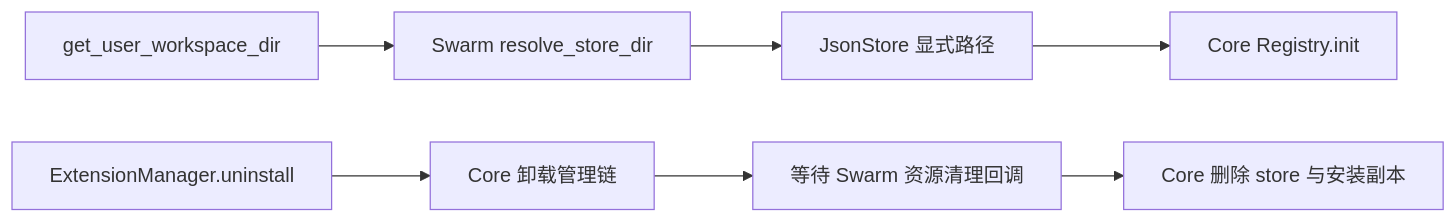
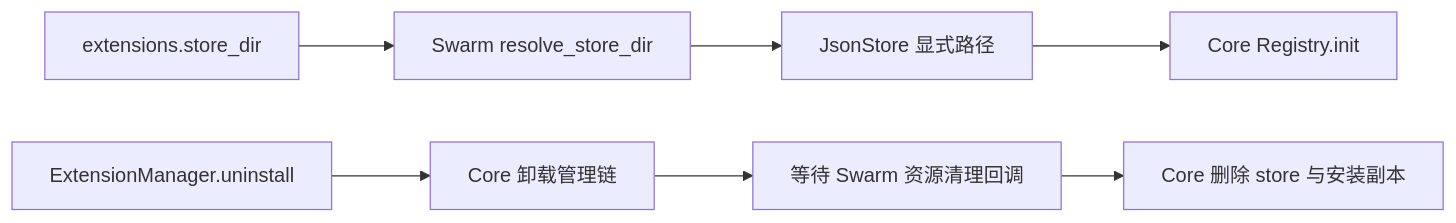
Before and after one commit to openJiuwen-ai/jiuwenswarm: the diagram in jiuwenswarm/extensions_v2/docs/features/F_27_store-persistence.md, drawn with Mermaid. The commit also changed other lines of this file and 15 other files, not shown here.

First paragraph of the commit message:
feat(extensions): wire JsonState and resolve store/state from config

````diff
--- a/jiuwenswarm/extensions_v2/docs/features/F_27_store-persistence.md
+++ b/jiuwenswarm/extensions_v2/docs/features/F_27_store-persistence.md
@@ -21,9 +21,9 @@
 ```mermaid
 flowchart LR
-    A[get_user_workspace_dir] --> B[Swarm resolve_store_dir]
+    A[extensions.store_dir] --> B[Swarm resolve_store_dir]
     B --> C[JsonStore 显式路径]
     C --> D[Core Registry.init]
     E[ExtensionManager.uninstall] --> F[Core 卸载管理链]
     F --> G[等待 Swarm 资源清理回调]
     G --> H[Core 删除 store 与安装副本]
 ```
````
